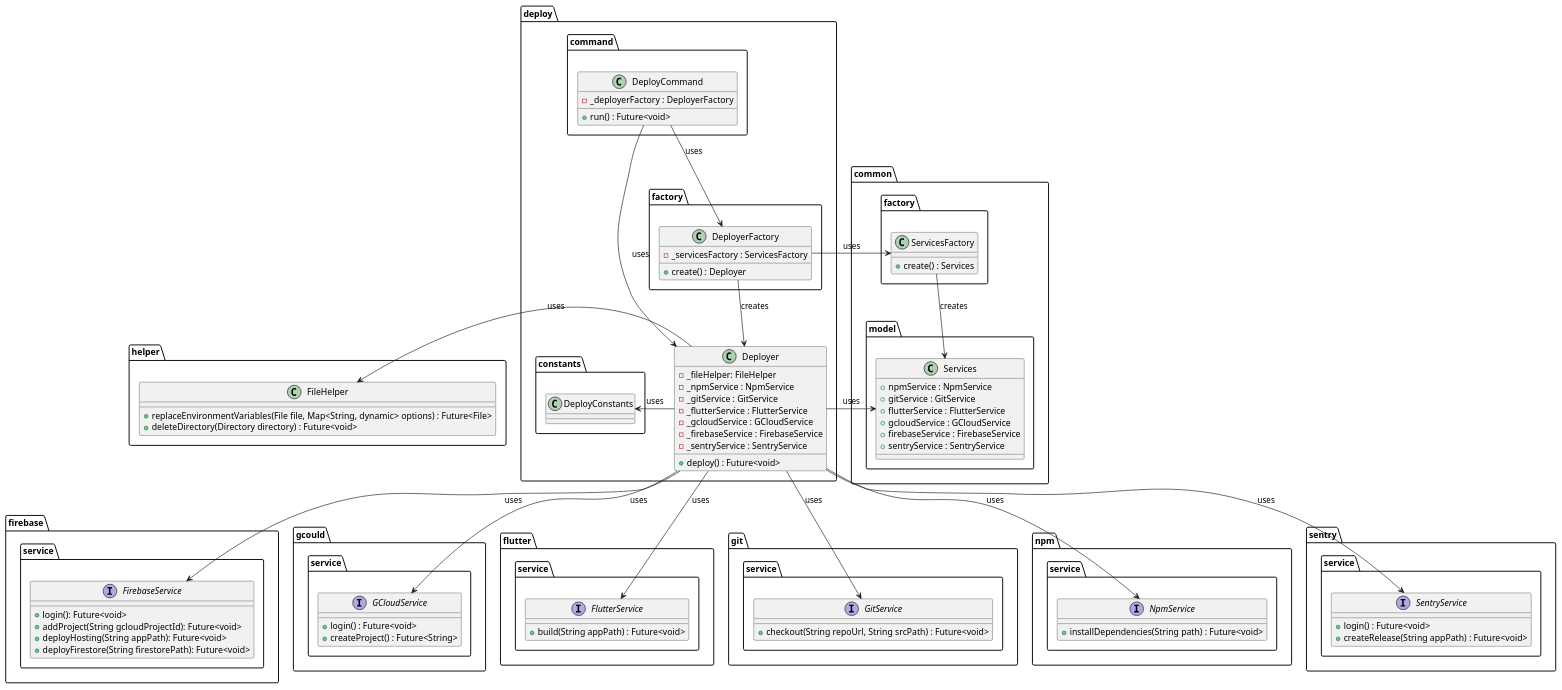
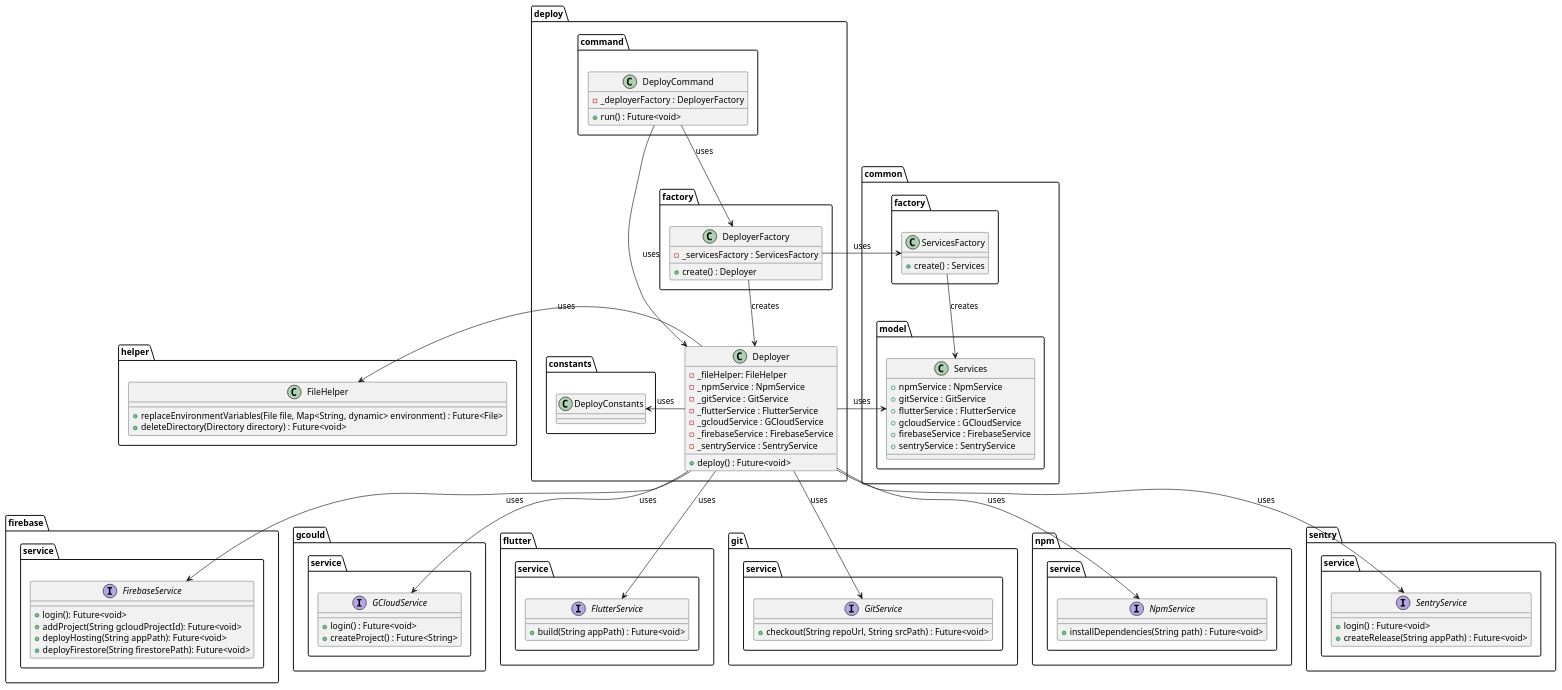
One commit to Flank/flank-dashboard changed the diagram in metrics/cli/docs/diagrams/deploy_command_class_diagram.puml. Above: the diagram before and after it, drawn with PlantUML. The commit also changed 1 other file, not shown here.

Commit message:
Rename options to environment

```diff
--- a/metrics/cli/docs/diagrams/deploy_command_class_diagram.puml
+++ b/metrics/cli/docs/diagrams/deploy_command_class_diagram.puml
@@ -1,120 +1,120 @@
 @startuml deploy_command_class_diagram
 
 package firebase.service {
     interface FirebaseService {
         + login(): Future<void>
         + addProject(String gcloudProjectId): Future<void>
         + deployHosting(String appPath): Future<void>
         + deployFirestore(String firestorePath): Future<void>
     }
 }
 
 package gcould.service {
     interface GCloudService {
         + login() : Future<void>
         + createProject() : Future<String>
     }
 }
 
 package flutter.service {
     interface FlutterService  {
         + build(String appPath) : Future<void>
     }
 }
 
 package  git.service{
     interface GitService  {
         + checkout(String repoUrl, String srcPath) : Future<void>
     }
 }
 
 package  npm.service {
     interface NpmService  {
         + installDependencies(String path) : Future<void>
     }
 }
 
 package sentry.service{
     interface SentryService  {
         + login() : Future<void>
         + createRelease(String appPath) : Future<void>
     }
 }
 
 package common {
     package model {
         class Services {
             + npmService : NpmService
             + gitService : GitService
             + flutterService : FlutterService
             + gcloudService : GCloudService
             + firebaseService : FirebaseService
             + sentryService : SentryService
         }
     }
 
     package factory as common.factory{
         class ServicesFactory {
             + create() : Services
         }
     }
 }
 
 
 package deploy {
     package command {
         class DeployCommand {
             - _deployerFactory : DeployerFactory
             + run() : Future<void>
         }
     }
 
     package constants {
         class DeployConstants{}
     }
 
     package factory {
         class DeployerFactory {
             - _servicesFactory : ServicesFactory
             + create() : Deployer
         }
     }
 
     class Deployer {
         - _fileHelper: FileHelper
         - _npmService : NpmService
         - _gitService : GitService
         - _flutterService : FlutterService
         - _gcloudService : GCloudService
         - _firebaseService : FirebaseService
         - _sentryService : SentryService
         + deploy() : Future<void>
     }
 }
 
 package helper {
     class FileHelper {
-        + replaceEnvironmentVariables(File file, Map<String, dynamic> options) : Future<File>
+        + replaceEnvironmentVariables(File file, Map<String, dynamic> environment) : Future<File>
         + deleteDirectory(Directory directory) : Future<void>
     }
 }
 
 Deployer -down-> NpmService : uses
 Deployer -down-> GitService : uses
 Deployer -down-> FlutterService : uses
 Deployer -down-> GCloudService : uses
 Deployer -down-> FirebaseService : uses
 Deployer -down-> SentryService : uses
 Deployer -left-> FileHelper : uses
 Deployer -> DeployConstants : uses
 Deployer -> Services : uses
 
 DeployCommand -down-> Deployer : uses
 DeployCommand -down-> DeployerFactory : uses
 DeployerFactory -left-> ServicesFactory : uses
 
 ServicesFactory --> Services : creates
 
 DeployerFactory --> Deployer : creates
 
 @enduml
```
